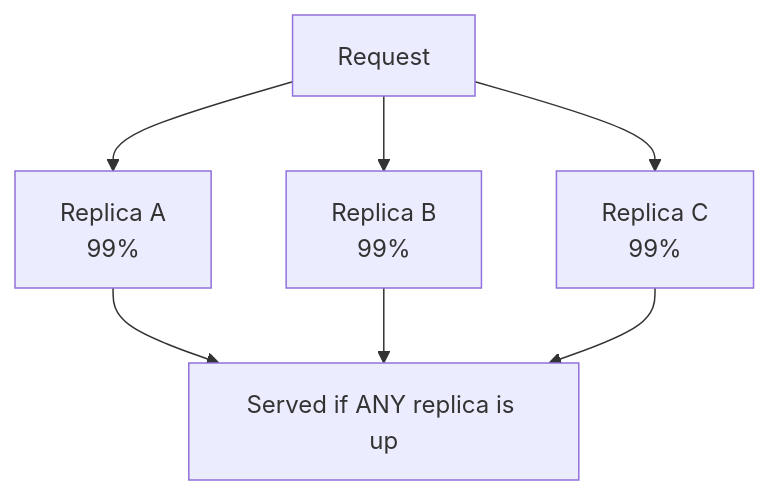
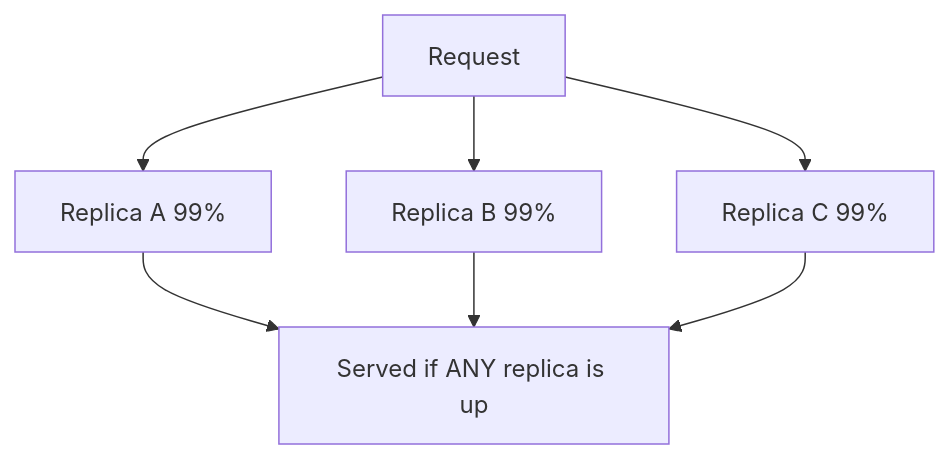
The second of 2 diagrams in src/modules/system-design/content/06-reliability/01-availability-and-slas.md (mohammad-mriesh-job/cortex), drawn with Mermaid before and after one commit. The commit also changed other lines of this file and 257 other files, not shown here.

````diff
--- a/src/modules/system-design/content/06-reliability/01-availability-and-slas.md
+++ b/src/modules/system-design/content/06-reliability/01-availability-and-slas.md
@@ -75,9 +75,9 @@
 ```mermaid
 flowchart TD
-  In[Request] --> R1["Replica A<br/>99%"]
-  In --> R2["Replica B<br/>99%"]
-  In --> R3["Replica C<br/>99%"]
+  In[Request] --> R1["Replica A 99%"]
+  In --> R2["Replica B 99%"]
+  In --> R3["Replica C 99%"]
   R1 --> Out[Served if ANY replica is up]
   R2 --> Out
   R3 --> Out
 ```
````
